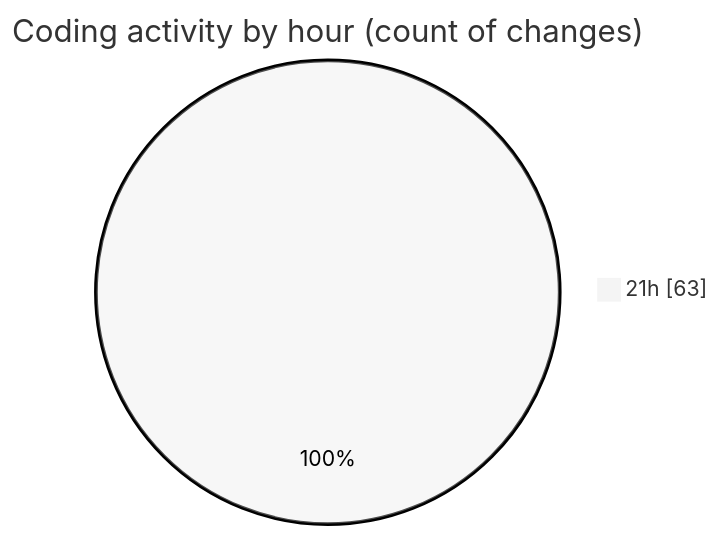
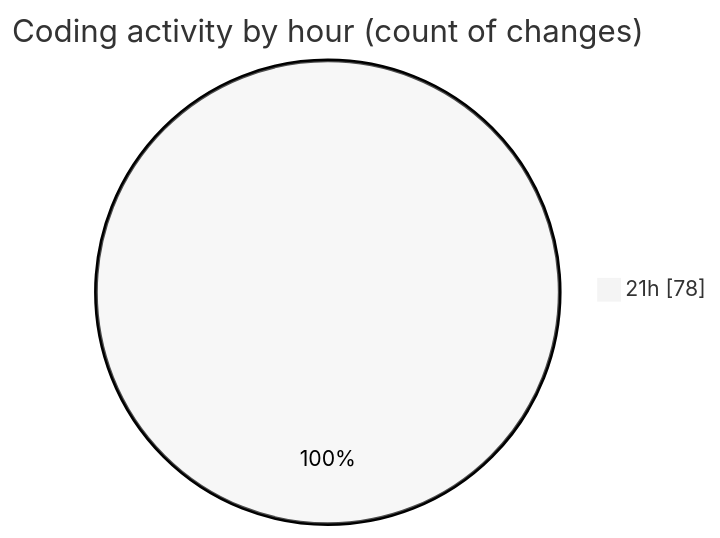
The second of 2 diagrams in 2025-08-03/javascript/README.md (Ritupan-Deka/code-tracking), drawn with Mermaid (neutral theme) before and after one commit. The commit also changed other lines of this file and 1 other file, not shown here.

````diff
--- a/2025-08-03/javascript/README.md
+++ b/2025-08-03/javascript/README.md
@@ -28,5 +28,5 @@
 ```mermaid
 pie showData
 title Coding activity by hour (count of changes)
-"21h" : 63
+"21h" : 78
 ```
````
